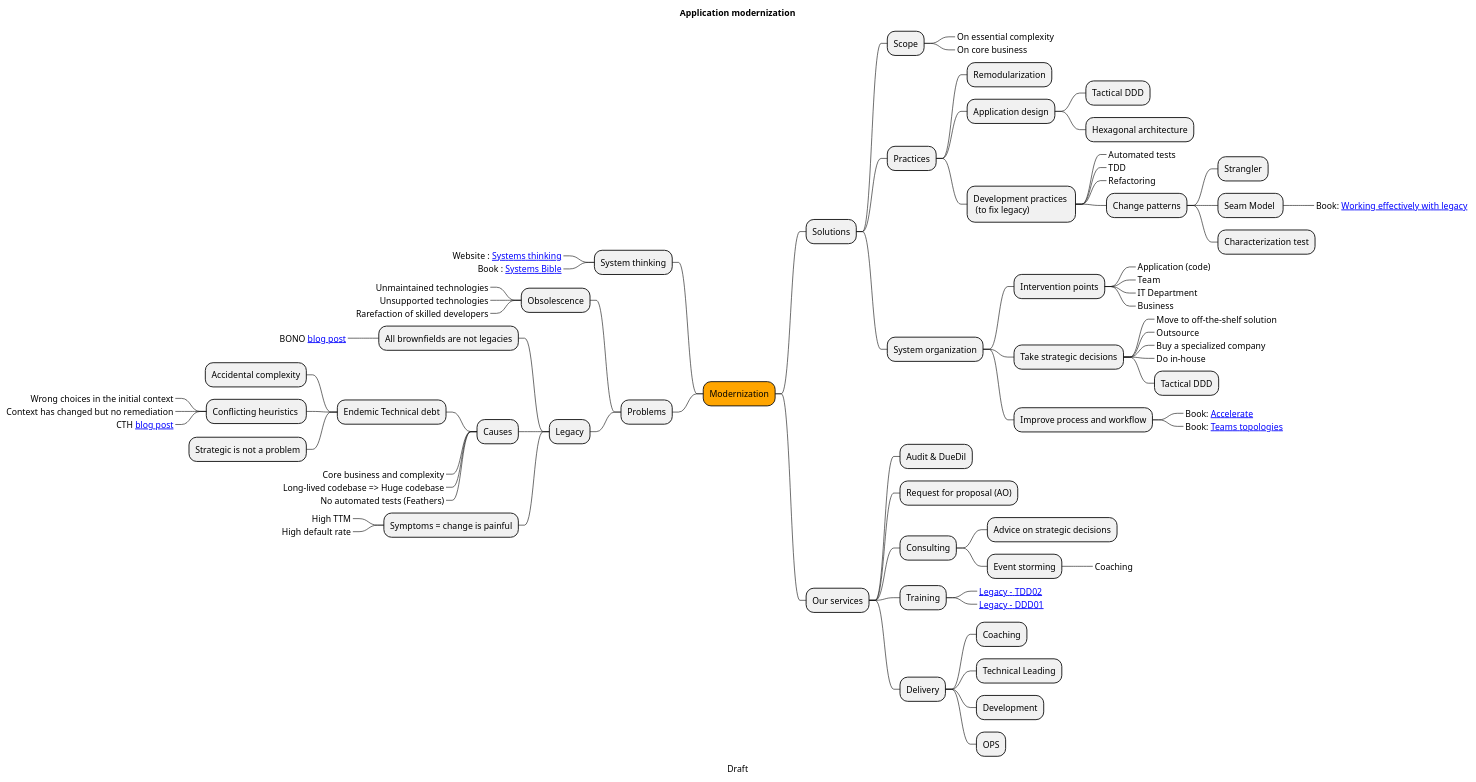
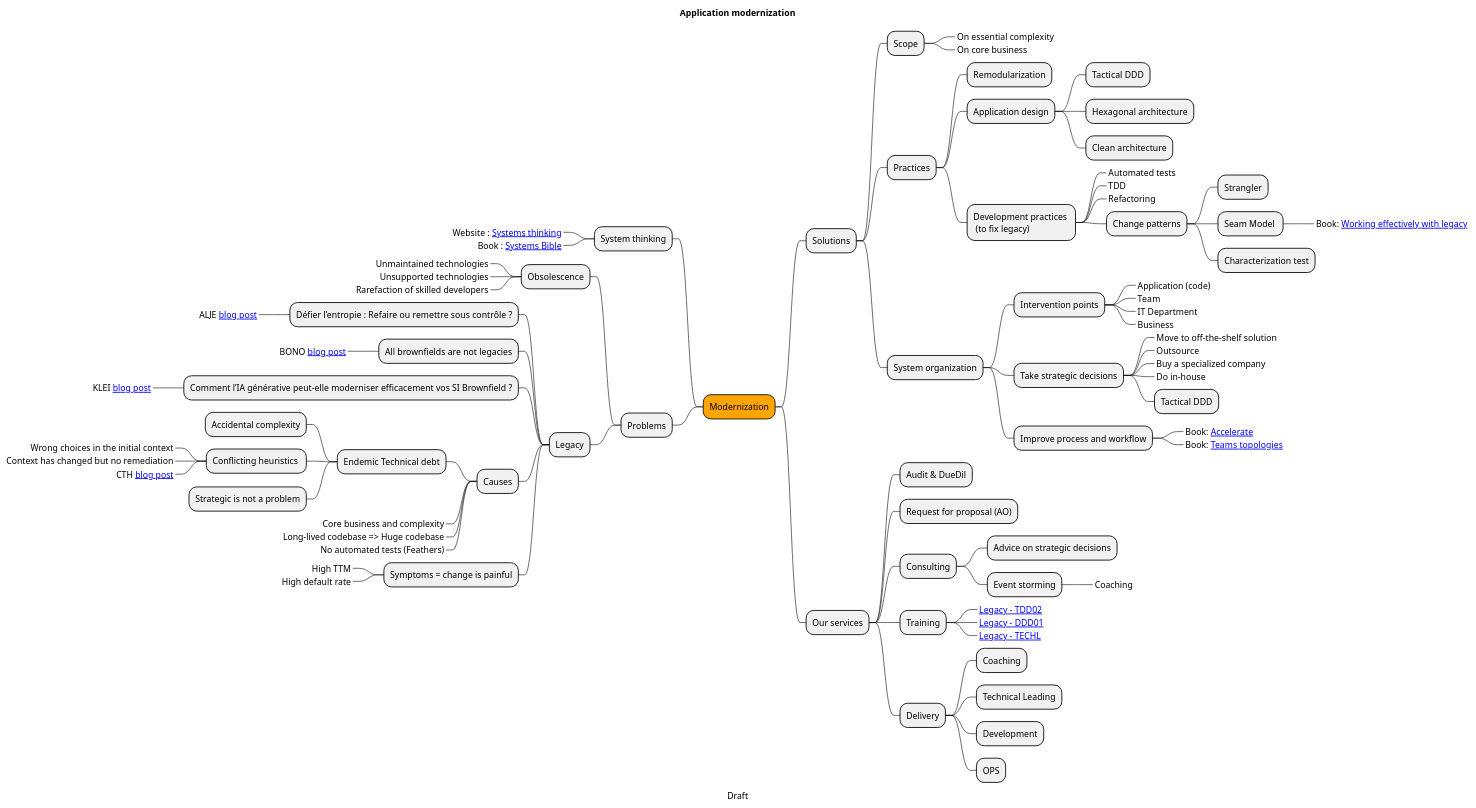
Before and after one commit to octo-topi/application-modernization: the diagram in mindmap.puml, drawn with PlantUML.

Commit message:
mes retours - premier jet

```diff
--- a/mindmap.puml
+++ b/mindmap.puml
@@ -1,80 +1,87 @@
 @startmindmap
 
 caption Draft
 title Application modernization
 
 +[#Orange] Modernization
 -- System thinking
 ---_ Website : [[https://web.archive.org/web/20230923142459/https://www.systems-thinking.org/theWay/theWay.htm Systems thinking]]
 ---_ Book : [[https://verraes.net/2013/08/john-gall-systemantics-the-systems-bible/ Systems Bible]]
 -- Problems
 --- Obsolescence
 ----_ Unmaintained technologies
 ----_ Unsupported technologies
 ----_ Rarefaction of skilled developers
 --- Legacy
+' il nous faudrait au moins un article qui vient de nous, à rediscuter ensemble (ça peut m'intéresser)
+---- Défier l’entropie : Refaire ou remettre sous contrôle ?
+-----_ ALJE [[https://blog.octo.com/la-duck-conf-2024-defier-l'entropie--refaire-ou-remettre-sous-controle blog post]]
 ---- All brownfields are not legacies
 -----_ BONO [[https://blog.octo.com/le-brownfield-n'est-pas-du-code-legacy blog post]]
+---- Comment l’IA générative peut-elle moderniser efficacement vos SI Brownfield ?
+-----_ KLEI [[https://blog.octo.com/compte-rendu-le-comptoir-octo-comment-l'ia-generative-peut-elle-moderniser-efficacement-vos-si-brownfield blog post]]
 ---- Causes
 ----- Endemic Technical debt
 ------ Accidental complexity
 ------ Conflicting heuristics 
 -------_ Wrong choices in the initial context
 -------_ Context has changed but no remediation
 -------_ CTH [[https://blog.octo.com/en-finir-avec-la-dette-technique blog post]]
 ------ Strategic is not a problem
 -----_ Core business and complexity
 -----_ Long-lived codebase => Huge codebase
 -----_ No automated tests (Feathers)
 ---- Symptoms = change is painful
 -----_ High TTM
 -----_ High default rate
 ++ Solutions
 +++ Scope
 ++++_ On essential complexity
 ++++_ On core business
 +++ Practices
 ++++ Remodularization
 ++++ Application design
 +++++ Tactical DDD
 +++++ Hexagonal architecture
++++++ Clean architecture
 ++++ Development practices \n (to fix legacy)
 +++++_ Automated tests
 +++++_ TDD
 +++++_ Refactoring
 +++++ Change patterns
 ++++++ Strangler
 ++++++ Seam Model 
 +++++++_ Book: [[https://understandlegacycode.com/blog/key-points-of-working-effectively-with-legacy-code/ Working effectively with legacy]] 
 ++++++ Characterization test
 +++ System organization
 ++++ Intervention points
 +++++_ Application (code)
 +++++_ Team
 +++++_ IT Department
 +++++_ Business
 ++++ Take strategic decisions
 +++++_ Move to off-the-shelf solution
 +++++_ Outsource
 +++++_ Buy a specialized company
 +++++_ Do in-house
 +++++ Tactical DDD
 ++++ Improve process and workflow
 +++++_ Book: [[ https://itrevolution.com/product/accelerate/ Accelerate ]]
 +++++_ Book: [[ https://teamtopologies.com/ Teams topologies]]
 ++ Our services
 +++ Audit & DueDil
 +++ Request for proposal (AO)
 +++ Consulting
 ++++ Advice on strategic decisions
 ++++ Event storming
 +++++_ Coaching
 +++ Training
 ++++_ [[ https://www.octo.academy/catalogue/formation/tdd02-test-driven-development-sur-du-code-legacy/ Legacy - TDD02]]
-++++_ [[ https://www.octo.academy/catalogue/formation/tdd02-test-driven-development-sur-du-code-legacy/ Legacy - DDD01]]
+++++_ [[ https://www.octo.academy/catalogue/formation/ddd01-ddd-domain-driven-design/ Legacy - DDD01]]
+++++_ [[ https://www.octo.academy/catalogue/formation/techl-pratiques-de-tech-leading-en-contexte-agile/ Legacy - TECHL]]
 +++ Delivery
 ++++ Coaching
 ++++ Technical Leading
 ++++ Development
 ++++ OPS
 @endmindmap
```
